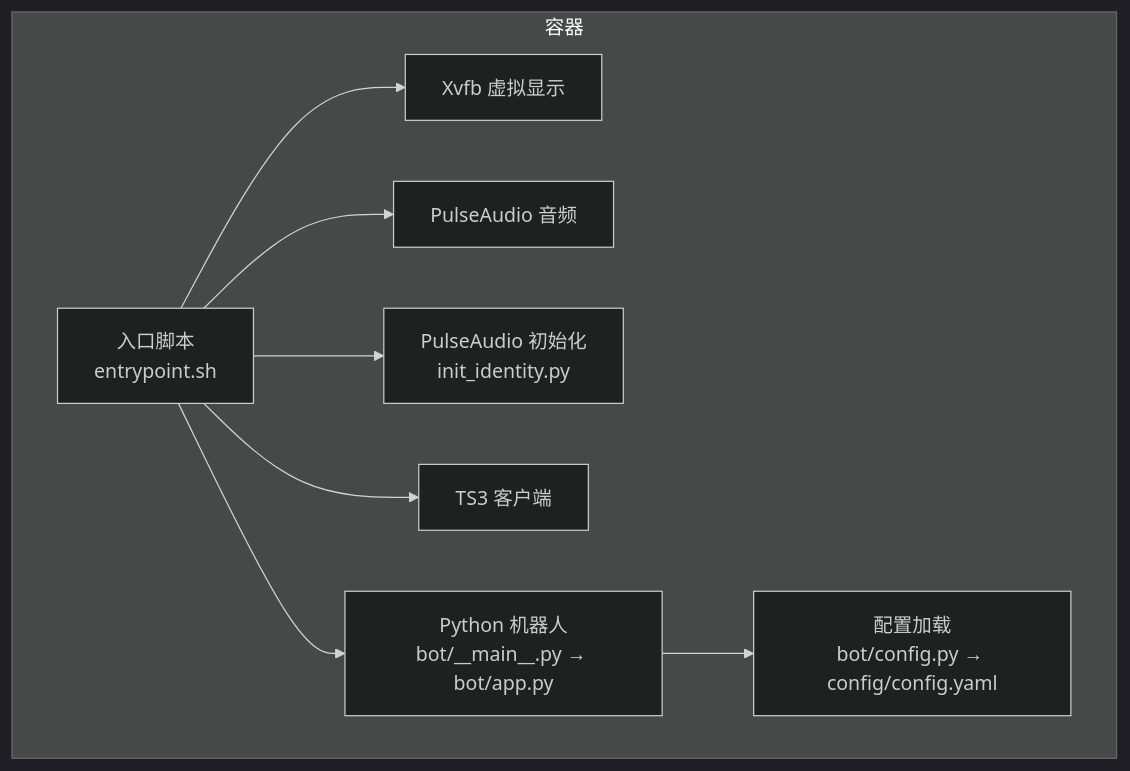
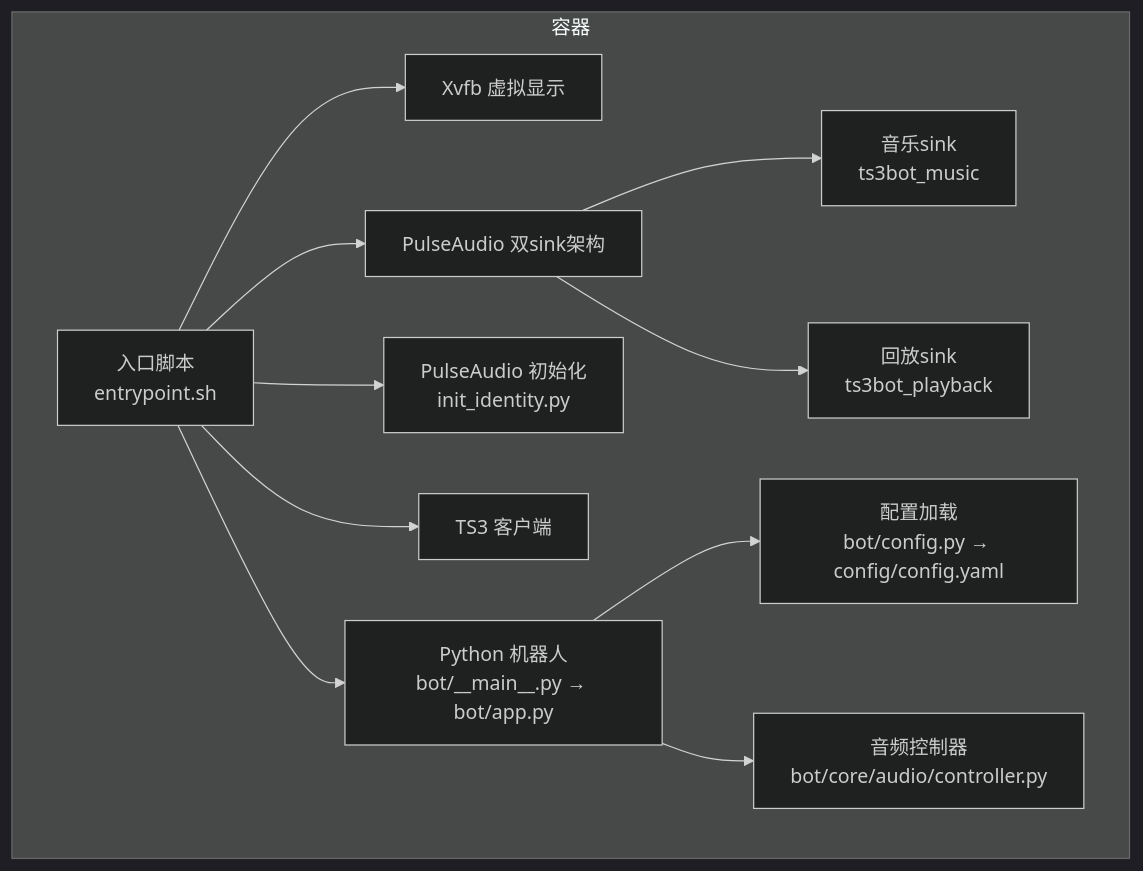
One commit to GhoulOwl/Teamspeak3_Bot changed the first of 3 diagrams in .qoder/repowiki/zh/content/部署和运维/部署和运维.md. Above: the diagram before and after it, drawn with Mermaid (dark theme). The commit also changed other lines of this file and 13 other files, not shown here.

````diff
--- a/.qoder/repowiki/zh/content/部署和运维/部署和运维.md
+++ b/.qoder/repowiki/zh/content/部署和运维/部署和运维.md
@@ -38,18 +46,24 @@
 ```mermaid
 graph TB
 subgraph "容器"
 EP["入口脚本<br/>entrypoint.sh"]
 XV["Xvfb 虚拟显示"]
-PA["PulseAudio 音频"]
+PA["PulseAudio 双sink架构"]
+MUSIC["音乐sink<br/>ts3bot_music"]
+PLAYBACK["回放sink<br/>ts3bot_playback"]
 PS["PulseAudio 初始化<br/>init_identity.py"]
 TS3["TS3 客户端"]
 BOT["Python 机器人<br/>bot/__main__.py → bot/app.py"]
 CFG["配置加载<br/>bot/config.py → config/config.yaml"]
+AUDIO["音频控制器<br/>bot/core/audio/controller.py"]
 end
 EP --> XV
 EP --> PA
+PA --> MUSIC
+PA --> PLAYBACK
 EP --> PS
 EP --> TS3
 EP --> BOT
 BOT --> CFG
+BOT --> AUDIO
 ```
````
